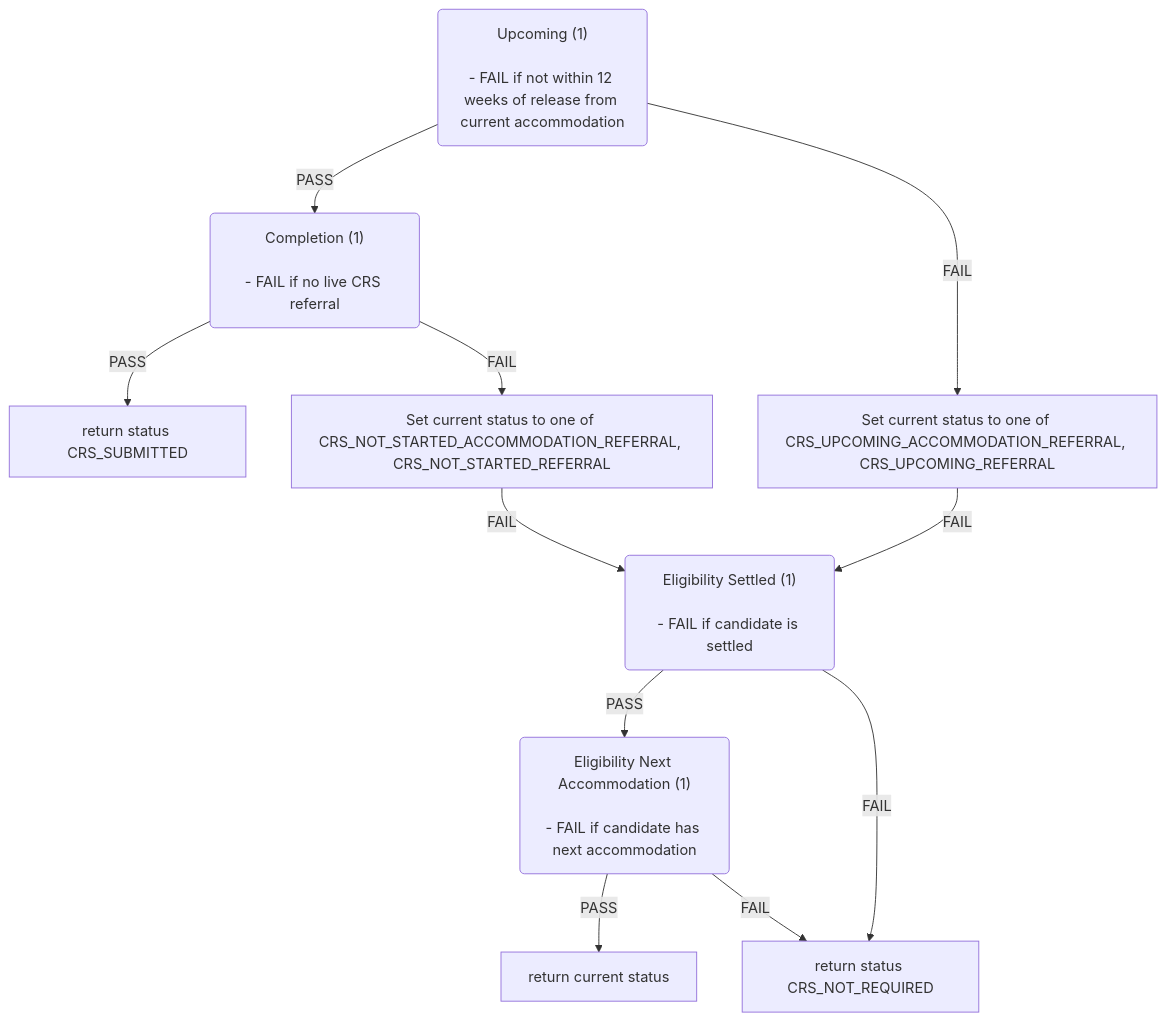
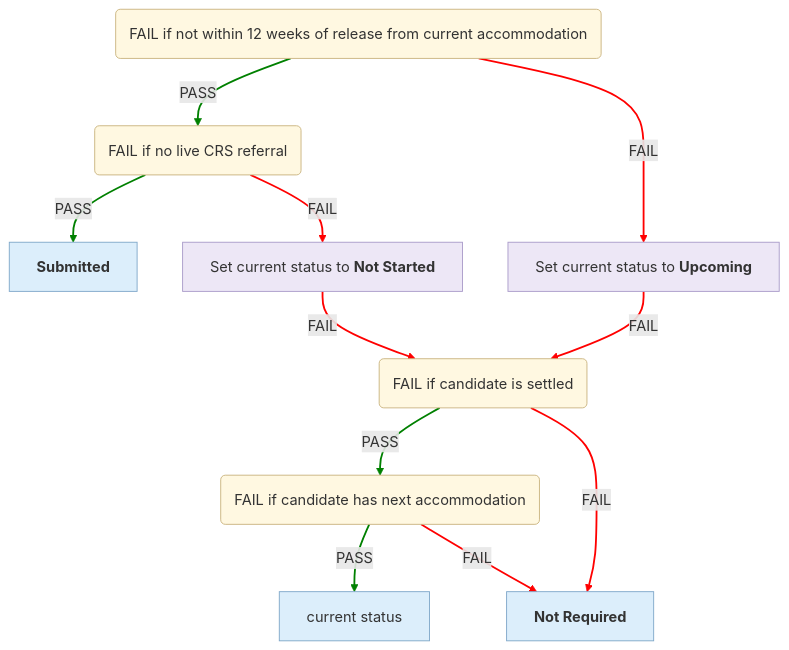
The fourth of 6 diagrams in docs/eligibility-rules-graph.md (ministryofjustice/hmpps-single-accommodation-service-api), drawn with Mermaid before and after one commit. The commit also changed other lines of this file and 20 other files, not shown here.

Commit message:
chore/SAS-1532-Use-UI-statuses-in-graph-instead-of-enums

````diff
--- a/docs/eligibility-rules-graph.md
+++ b/docs/eligibility-rules-graph.md
@@ -362,30 +421,31 @@
 ```mermaid
+%%{init: {"flowchart": {"wrappingWidth": 800}}}%%
 flowchart TD
-  Upcoming("Upcoming (1)
-
-- FAIL if not within 12 weeks of release from current accommodation")
-  Completion("Completion (1)
-
-- FAIL if no live CRS referral")
-  return_status_CRS_SUBMITTED["return status CRS_SUBMITTED"]
-  Set_current_status_to_one_of_CRS_NOT_STARTED_ACCOMMODATION_REFERRAL__CRS_NOT_STARTED_REFERRAL["Set current status to one of CRS_NOT_STARTED_ACCOMMODATION_REFERRAL, CRS_NOT_STARTED_REFERRAL"]
-  Eligibility_Settled("Eligibility Settled (1)
-
-- FAIL if candidate is settled")
-  Eligibility_Next_Accommodation("Eligibility Next Accommodation (1)
-
-- FAIL if candidate has next accommodation")
-  return_current_status["return current status"]
-  return_status_CRS_NOT_REQUIRED["return status CRS_NOT_REQUIRED"]
-  Set_current_status_to_one_of_CRS_UPCOMING_ACCOMMODATION_REFERRAL__CRS_UPCOMING_REFERRAL["Set current status to one of CRS_UPCOMING_ACCOMMODATION_REFERRAL, CRS_UPCOMING_REFERRAL"]
-  Completion -->|PASS| return_status_CRS_SUBMITTED
-  Completion -->|FAIL| Set_current_status_to_one_of_CRS_NOT_STARTED_ACCOMMODATION_REFERRAL__CRS_NOT_STARTED_REFERRAL
-  Eligibility_Next_Accommodation -->|PASS| return_current_status
-  Eligibility_Next_Accommodation -->|FAIL| return_status_CRS_NOT_REQUIRED
+  Upcoming("<div style='text-align:left'>FAIL if not within 12 weeks of release from current accommodation</div>")
+  Completion("<div style='text-align:left'>FAIL if no live CRS referral</div>")
+  CRS_SUBMITTED["<b>Submitted</b>"]
+  updater_CrsCompletionContextUpdater["Set current status to <b>Not Started</b>"]
+  Eligibility_Settled("<div style='text-align:left'>FAIL if candidate is settled</div>")
+  Eligibility_Next_Accommodation("<div style='text-align:left'>FAIL if candidate has next accommodation</div>")
+  confirmed["current status"]
+  CRS_NOT_REQUIRED["<b>Not Required</b>"]
+  updater_CrsUpcomingContextUpdater["Set current status to <b>Upcoming</b>"]
+  Completion -->|PASS| CRS_SUBMITTED
+  Completion -->|FAIL| updater_CrsCompletionContextUpdater
+  Eligibility_Next_Accommodation -->|PASS| confirmed
+  Eligibility_Next_Accommodation -->|FAIL| CRS_NOT_REQUIRED
   Eligibility_Settled -->|PASS| Eligibility_Next_Accommodation
-  Eligibility_Settled -->|FAIL| return_status_CRS_NOT_REQUIRED
-  Set_current_status_to_one_of_CRS_NOT_STARTED_ACCOMMODATION_REFERRAL__CRS_NOT_STARTED_REFERRAL -->|FAIL| Eligibility_Settled
+  Eligibility_Settled -->|FAIL| CRS_NOT_REQUIRED
+  updater_CrsCompletionContextUpdater -->|FAIL| Eligibility_Settled
   Upcoming -->|PASS| Completion
-  Upcoming -->|FAIL| Set_current_status_to_one_of_CRS_UPCOMING_ACCOMMODATION_REFERRAL__CRS_UPCOMING_REFERRAL
-  Set_current_status_to_one_of_CRS_UPCOMING_ACCOMMODATION_REFERRAL__CRS_UPCOMING_REFERRAL -->|FAIL| Eligibility_Settled
+  Upcoming -->|FAIL| updater_CrsUpcomingContextUpdater
+  updater_CrsUpcomingContextUpdater -->|FAIL| Eligibility_Settled
+  linkStyle 0,2,4,7 stroke:green,stroke-width:2px
+  linkStyle 1,3,5,6,8,9 stroke:red,stroke-width:2px
+  classDef ruleSetNode fill:#FFF8E1,stroke:#C9B37E,color:#333
+  classDef outcomeNode fill:#DCEEFB,stroke:#7FA7C9,color:#333
+  classDef updaterNode fill:#EDE7F6,stroke:#A99BC9,color:#333
+  class Upcoming,Completion,Eligibility_Settled,Eligibility_Next_Accommodation ruleSetNode
+  class CRS_SUBMITTED,confirmed,CRS_NOT_REQUIRED outcomeNode
+  class updater_CrsCompletionContextUpdater,updater_CrsUpcomingContextUpdater updaterNode
 ```
````
